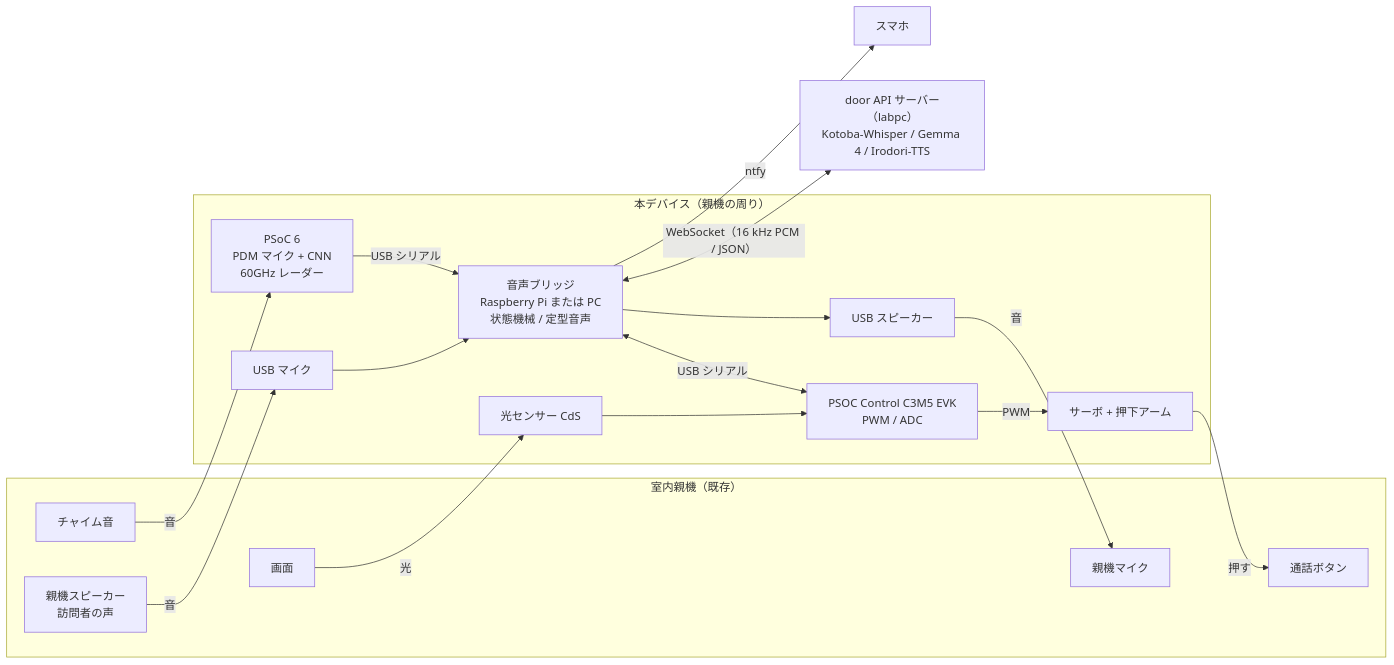
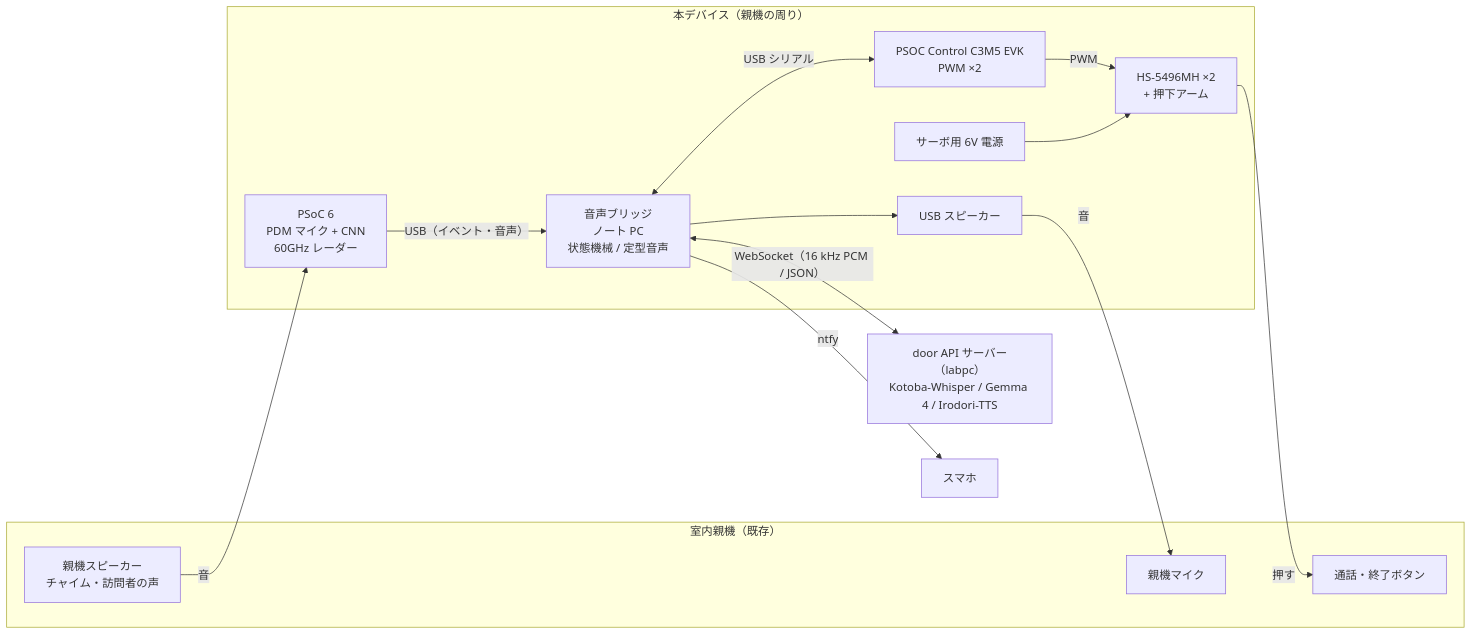
The first of 2 diagrams in docs/spec.md (jphacks/tka_2601), drawn with Mermaid before and after one commit. The commit also changed other lines of this file and 1 other file, not shown here.

First line of the commit message:
Revise spec and plan for owned parts, USB speaker and HS-5496MH

````diff
--- a/docs/spec.md
+++ b/docs/spec.md
@@ -175,33 +173,29 @@
 ```mermaid
 flowchart LR
   subgraph Intercom[室内親機（既存）]
-    CH[チャイム音]
-    SCR[画面]
-    SPK_I[親機スピーカー<br/>訪問者の声]
+    SPK_I[親機スピーカー<br/>チャイム・訪問者の声]
     MIC_I[親機マイク]
-    BTN[通話ボタン]
+    BTN[通話・終了ボタン]
   end
 
   subgraph Device[本デバイス（親機の周り）]
     P6[PSoC 6<br/>PDM マイク + CNN<br/>60GHz レーダー]
-    C3[PSOC Control C3M5 EVK<br/>PWM / ADC]
-    CDS[光センサー CdS]
-    M[サーボ + 押下アーム]
-    UMIC[USB マイク]
+    C3[PSOC Control C3M5 EVK<br/>PWM ×2]
+    SV[HS-5496MH ×2<br/>+ 押下アーム]
+    PWR[サーボ用 6V 電源]
     USPK[USB スピーカー]
-    BR[音声ブリッジ<br/>Raspberry Pi または PC<br/>状態機械 / 定型音声]
+    BR[音声ブリッジ<br/>ノート PC<br/>状態機械 / 定型音声]
   end
 
   SRV[door API サーバー（labpc）<br/>Kotoba-Whisper / Gemma 4 / Irodori-TTS]
   PHONE[スマホ]
 
-  CH -- 音 --> P6
-  SCR -- 光 --> CDS --> C3
-  P6 -- USB シリアル --> BR
+  SPK_I -- 音 --> P6
+  P6 -- USB（イベント・音声） --> BR
   BR <-- USB シリアル --> C3
-  C3 -- PWM --> M -- 押す --> BTN
-  SPK_I -- 音 --> UMIC --> BR
+  C3 -- PWM --> SV -- 押す --> BTN
+  PWR --> SV
   BR --> USPK -- 音 --> MIC_I
   BR <-- WebSocket（16 kHz PCM / JSON） --> SRV
   BR -- ntfy --> PHONE
 ```
````
